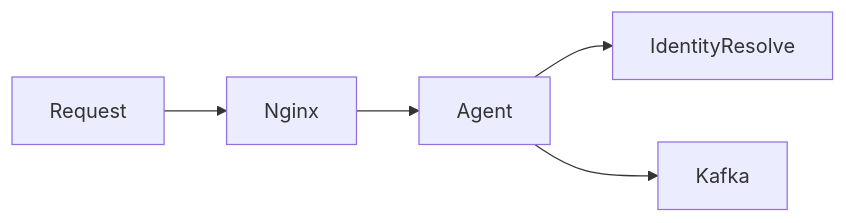
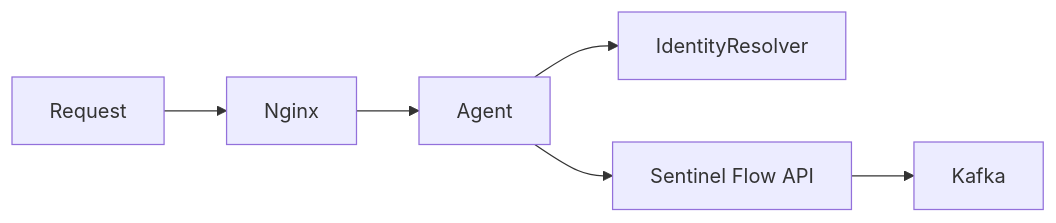
One commit to liquedgit/sentinel-flow changed the diagram in docs/docs/agent.md. Above: the diagram before and after it, drawn with Mermaid. The commit also changed other lines of this file, not shown here.

Commit message:
ft: changed docusaurus for agent

````diff
--- a/docs/docs/agent.md
+++ b/docs/docs/agent.md
@@ -11,6 +11,7 @@
 ```mermaid
 flowchart LR
     Request --> Nginx --> Agent
-    Agent --> IdentityResolve
-    Agent --> Kafka
+    Agent --> IdentityResolver
+    Agent --> Backend_API["Sentinel Flow API"]
+    Backend_API --> Kafka
 ```
````
